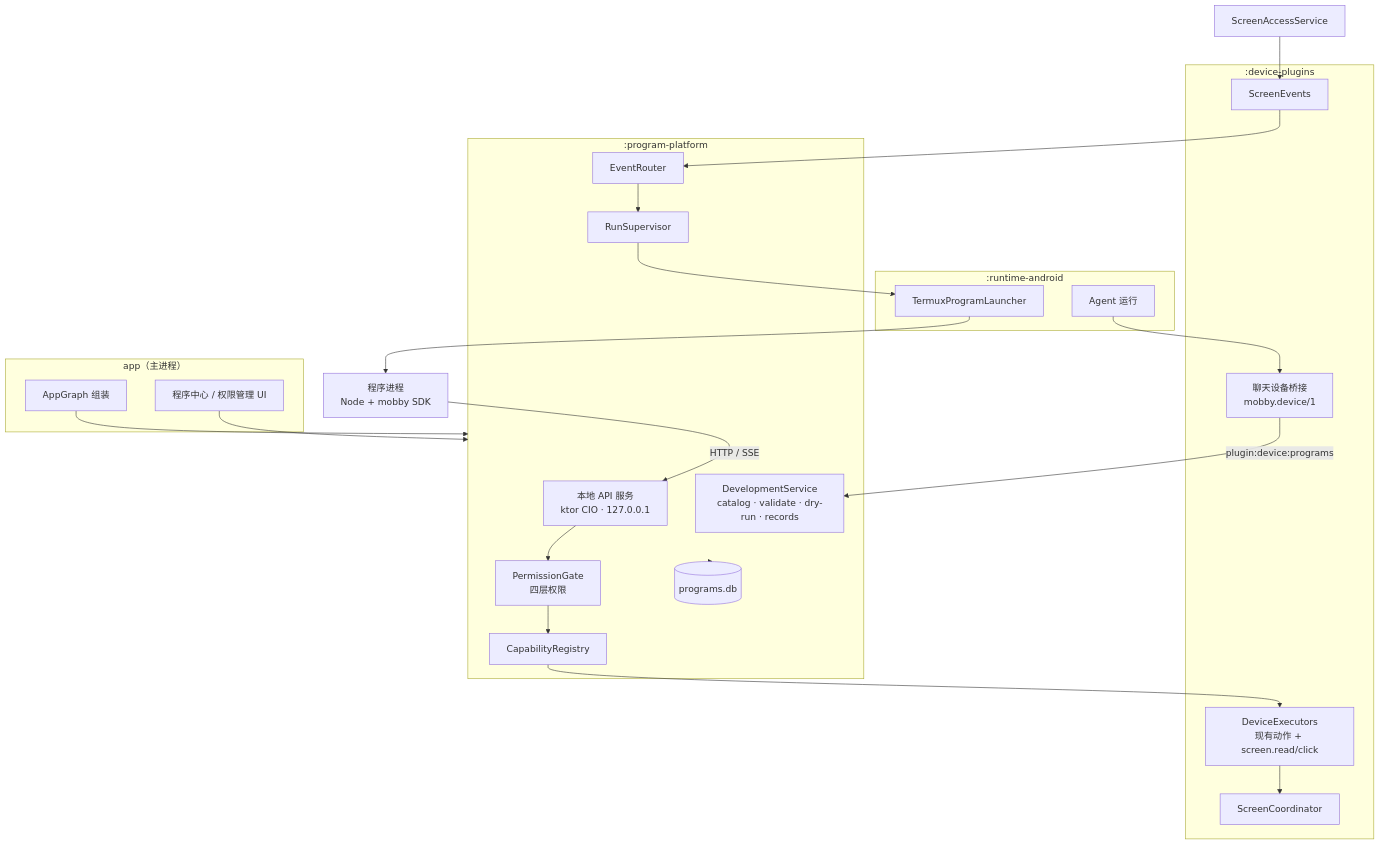
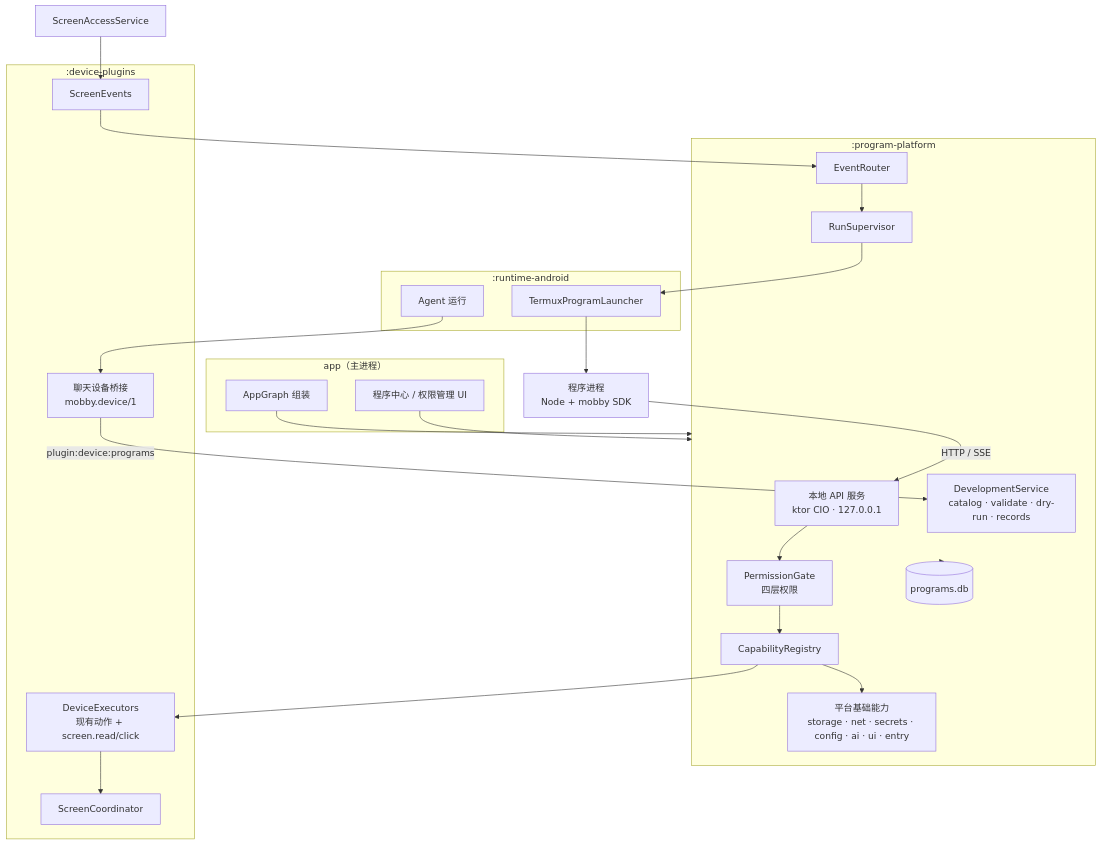
One commit to ytlog/mobby changed the first of 4 diagrams in docs/design/program-platform-architecture.md. Above: the diagram before and after it, drawn with Mermaid. The commit also changed other lines of this file and 2 other files, not shown here.

First line of the commit message:
docs: add platform base capabilities for user programs

````diff
--- a/docs/design/program-platform-architecture.md
+++ b/docs/design/program-platform-architecture.md
@@ -17,38 +17,40 @@
 ```mermaid
 flowchart TB
     subgraph App["app（主进程）"]
         UI["程序中心 / 权限管理 UI"]
         Graph["AppGraph 组装"]
     end
     subgraph Platform[":program-platform"]
         API["本地 API 服务\nktor CIO · 127.0.0.1"]
         Gate["PermissionGate\n四层权限"]
         Registry["CapabilityRegistry"]
         Router["EventRouter"]
         Runs["RunSupervisor"]
         Dev["DevelopmentService\ncatalog · validate · dry-run · records"]
+        Base["平台基础能力\nstorage · net · secrets · config · ai · ui · entry"]
         Store[("programs.db")]
     end
     subgraph Device[":device-plugins"]
         Exec["DeviceExecutors\n现有动作 + screen.read/click"]
         Events["ScreenEvents"]
         Coord["ScreenCoordinator"]
         Bridge["聊天设备桥接\nmobby.device/1"]
     end
     subgraph Runtime[":runtime-android"]
         Launcher["TermuxProgramLauncher"]
         AgentRun["Agent 运行"]
     end
     Node["程序进程\nNode + mobby SDK"]
     A11y["ScreenAccessService"]
 
     UI --> Platform
     Graph --> Platform
     Node -- "HTTP / SSE" --> API
     API --> Gate --> Registry --> Exec
+    Registry --> Base
     Exec --> Coord
     A11y --> Events --> Router --> Runs
     Runs --> Launcher --> Node
     AgentRun --> Bridge -- "plugin:device:programs" --> Dev
     Platform --> Store
 ```
````
